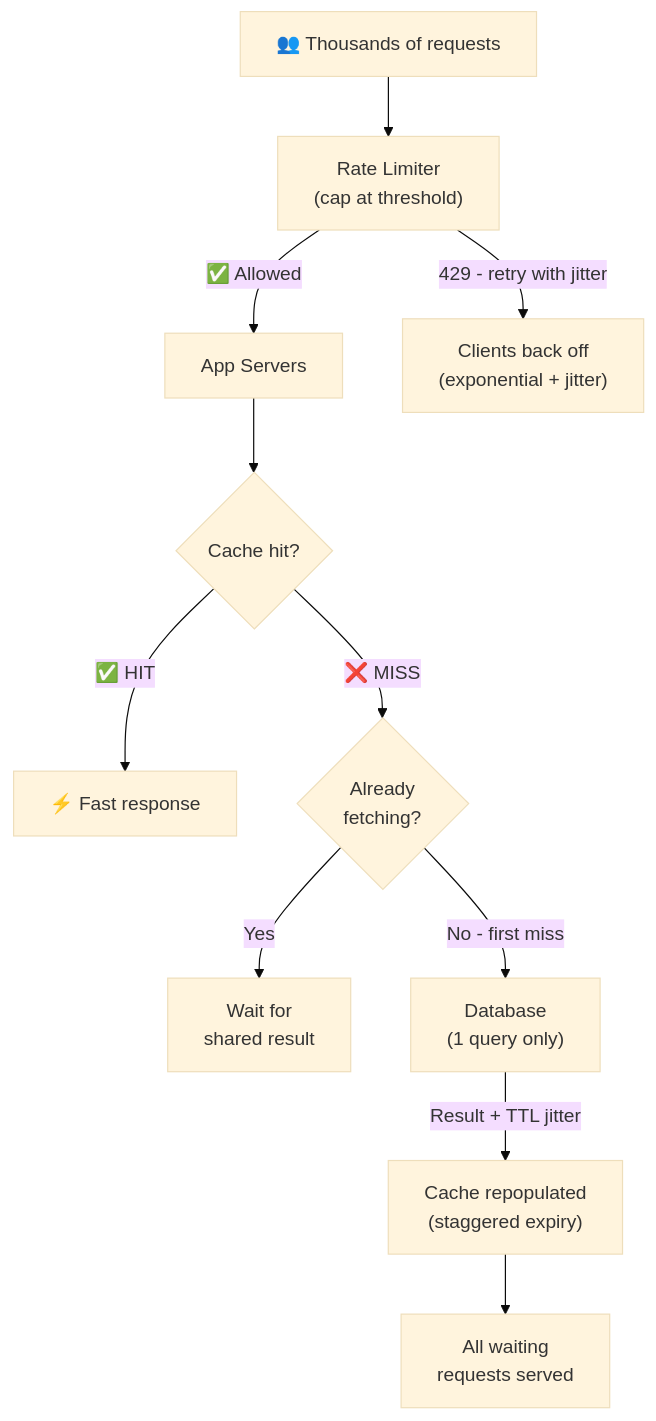
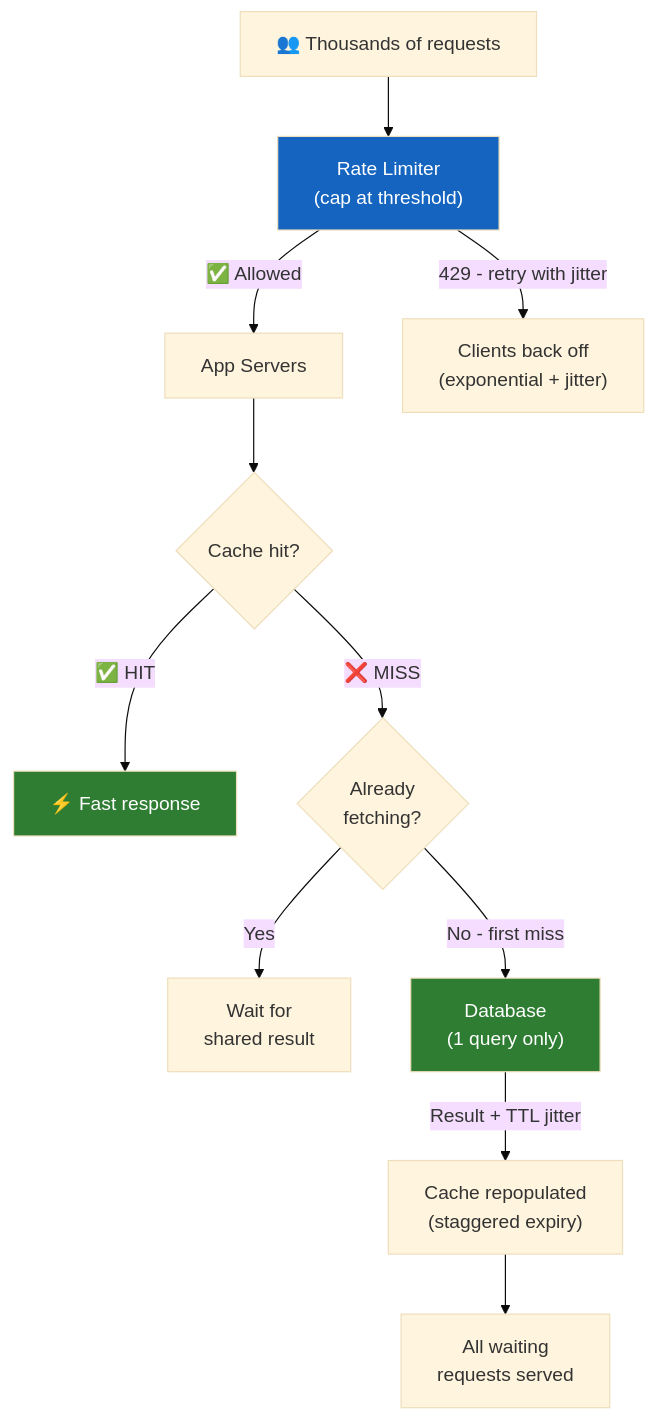
One commit to g-savitha/gsavitha.in changed the ninth of 9 diagrams in src/content/blog/thundering-herd.md. Above: the diagram before and after it, drawn with Mermaid (base theme). The commit also changed other lines of this file and 6 other files, not shown here.

Commit message:
Mermaid: restore the original hand-picked palette (AA nudges, rose instead of bright red)

````diff
--- a/src/content/blog/thundering-herd.md
+++ b/src/content/blog/thundering-herd.md
@@ -417,20 +417,20 @@
 ```mermaid
 flowchart TD
     Users["👥 Thousands of requests"] --> RL["Rate Limiter\n(cap at threshold)"]
     RL -->|"✅ Allowed"| App["App Servers"]
     RL -->|"429 - retry with jitter"| Backoff["Clients back off\n(exponential + jitter)"]
 
     App --> Cache{"Cache hit?"}
     Cache -->|"✅ HIT"| Response["⚡ Fast response"]
     Cache -->|"❌ MISS"| Flight{"Already\nfetching?"}
 
     Flight -->|"Yes"| Wait["Wait for\nshared result"]
     Flight -->|"No - first miss"| DB["Database\n(1 query only)"]
 
     DB -->|"Result + TTL jitter"| CacheWrite["Cache repopulated\n(staggered expiry)"]
     CacheWrite --> Broadcast["All waiting\nrequests served"]
 
-    class RL primary
-    class DB success
-    class Response success
+    style RL fill:#1565c0,color:#fff
+    style DB fill:#2e7d32,color:#fff
+    style Response fill:#2e7d32,color:#fff
 ```
````
